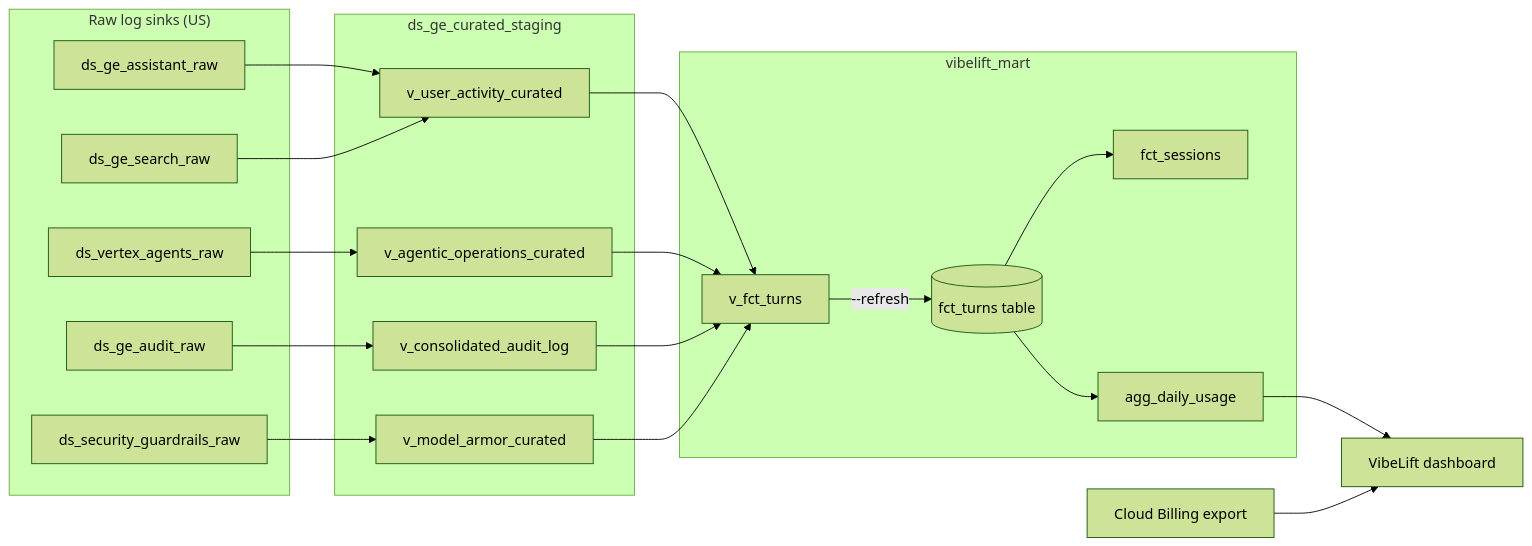
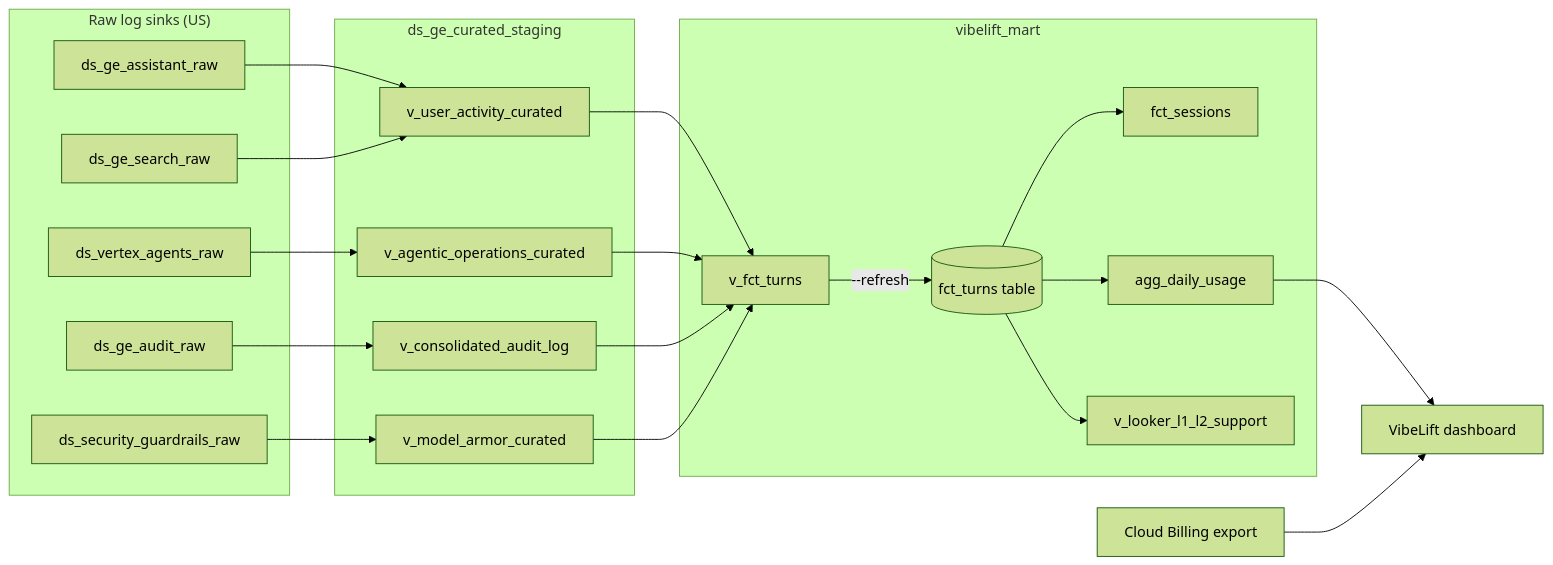
One commit to enriquekalven/vibe_lift_agent changed the diagram in docs/GE_MART.md. Above: the diagram before and after it, drawn with Mermaid (forest theme). The commit also changed other lines of this file and 13 other files, not shown here.

Commit message:
feat(ge-mart): pre-aggregate MCP support detail into fct_turns & v_looker_l1_l2_support with zero-fanout invariant

````diff
--- a/docs/GE_MART.md
+++ b/docs/GE_MART.md
@@ -8,36 +8,38 @@
 ```mermaid
 flowchart LR
   subgraph raw["Raw log sinks (US)"]
     A[ds_ge_assistant_raw]
     S[ds_ge_search_raw]
     I[ds_vertex_agents_raw]
     U[ds_ge_audit_raw]
     M[ds_security_guardrails_raw]
   end
   subgraph cur["ds_ge_curated_staging"]
     VA[v_user_activity_curated]
     VO[v_agentic_operations_curated]
     VU[v_consolidated_audit_log]
     VM[v_model_armor_curated]
   end
   subgraph mart["vibelift_mart"]
     VT[v_fct_turns]
     FT[("fct_turns table")]
     FS[fct_sessions]
     AD[agg_daily_usage]
+    LS[v_looker_l1_l2_support]
   end
   A --> VA
   S --> VA
   I --> VO
   U --> VU
   M --> VM
   VA --> VT
   VO --> VT
   VU --> VT
   VM --> VT
   VT -- "--refresh" --> FT
   FT --> FS
   FT --> AD
+  FT --> LS
   AD --> APP[VibeLift dashboard]
   B[Cloud Billing export] --> APP
 ```
````
